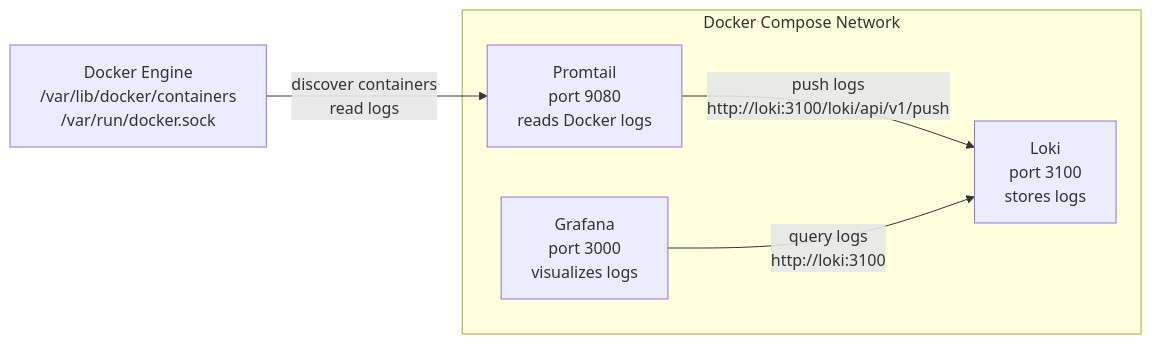
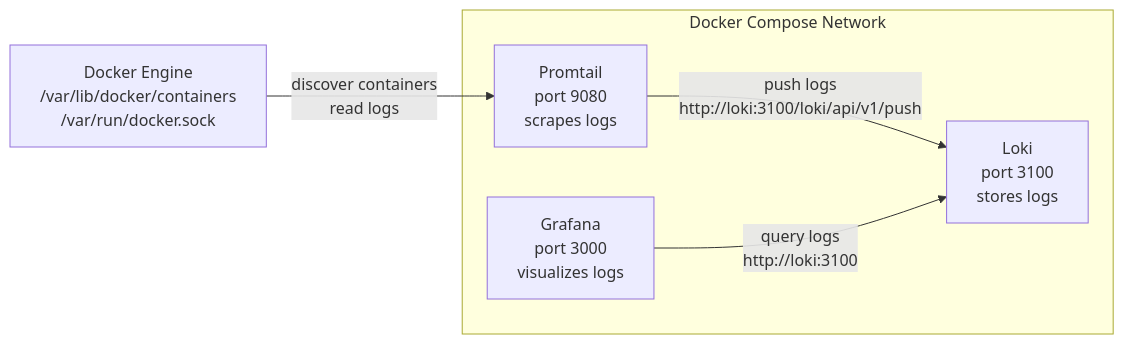
The diagram in app_python/docs/LAB07.md (ffountainer/DevOps-Core-Course), drawn with Mermaid before and after one commit. The commit also changed other lines of this file and 4 other files, not shown here.

````diff
--- a/app_python/docs/LAB07.md
+++ b/app_python/docs/LAB07.md
@@ -5,21 +5,21 @@
 ```mermaid
 flowchart LR
 
 subgraph Docker_Network["Docker Compose Network"]
     
-    A[Promtail<br/>port 9080<br/>reads Docker logs]
+    A[Promtail<br/>port 9080<br/>scrapes logs]
     
     B[Loki<br/>port 3100<br/>stores logs]
     
     C[Grafana<br/>port 3000<br/>visualizes logs]
 
 end
 
 D[Docker Engine<br/>/var/lib/docker/containers<br/>/var/run/docker.sock]
 
 D -->|discover containers<br/>read logs| A
 
 A -->|push logs<br/>http://loki:3100/loki/api/v1/push| B
 
 C -->|query logs<br/>http://loki:3100| B
 ```
````
